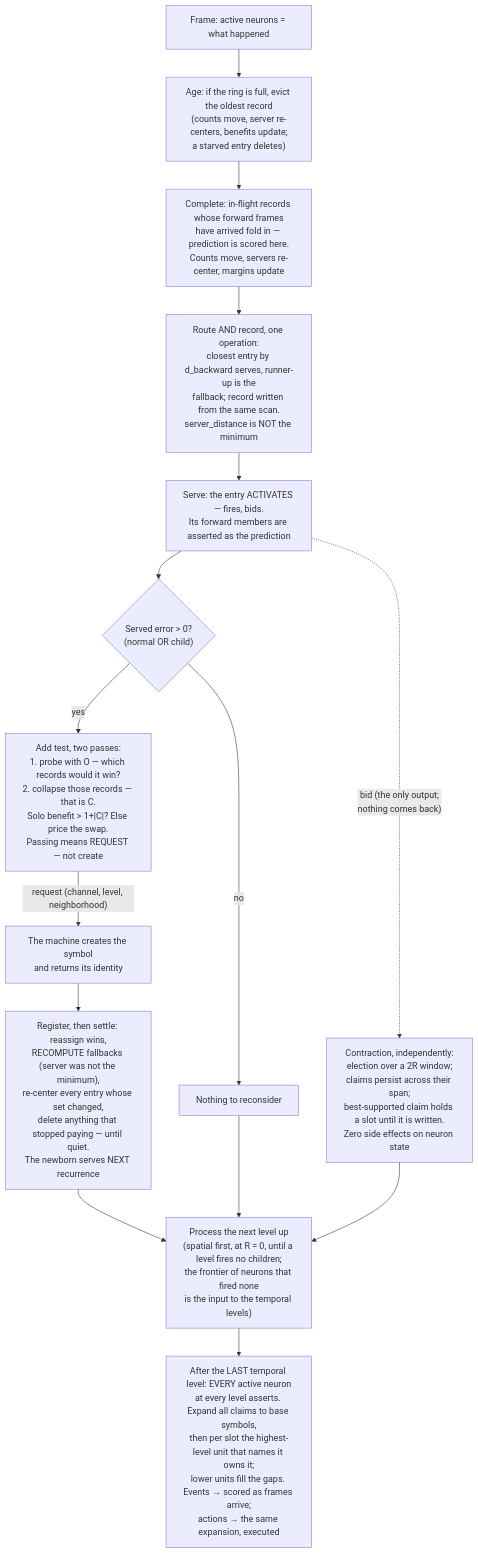
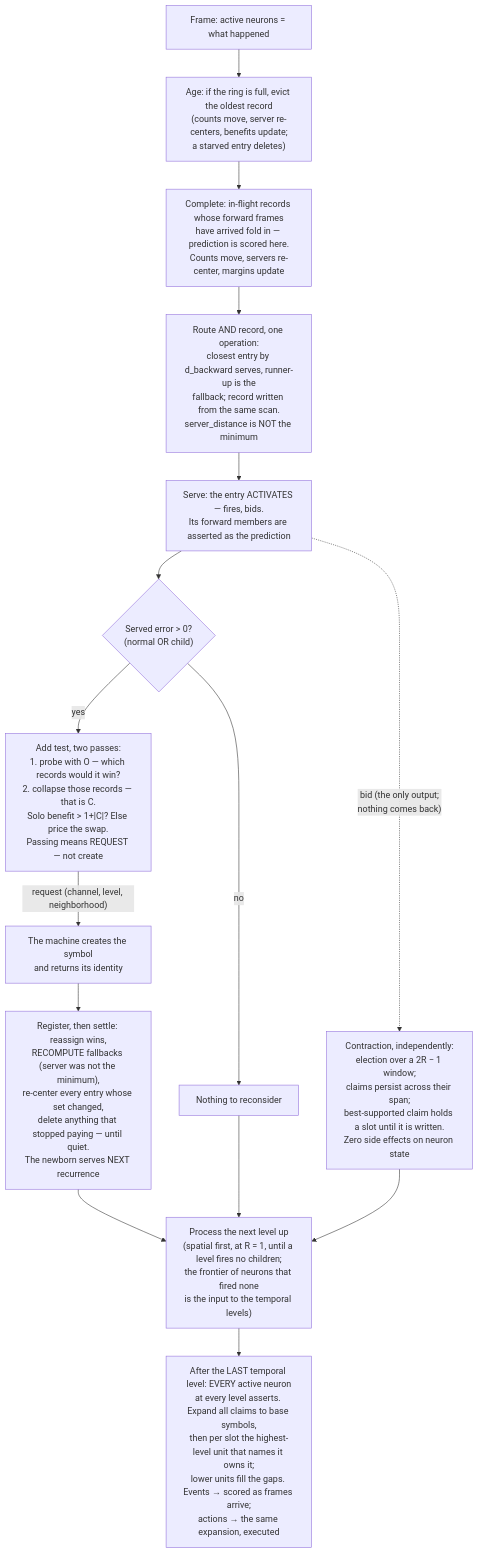
Before and after one commit to cucar/robot_brain: the diagram in docs/algorithm.md, drawn with Mermaid. The commit also changed other lines of this file, not shown here.

````diff
--- a/docs/algorithm.md
+++ b/docs/algorithm.md
@@ -1060,17 +1063,17 @@
 ```mermaid
 flowchart TD
     A["Frame: active neurons = what happened"] --> B["Age: if the ring is full, evict the oldest record<br/>(counts move, server re-centers, benefits update;<br/>a starved entry deletes)"]
     B --> C["Complete: in-flight records whose forward frames<br/>have arrived fold in — prediction is scored here.<br/>Counts move, servers re-center, margins update"]
     C --> D["Route AND record, one operation:<br/>closest entry by d_backward serves, runner-up is the<br/>fallback; record written from the same scan.<br/>server_distance is NOT the minimum"]
     D --> E["Serve: the entry ACTIVATES — fires, bids.<br/>Its forward members are asserted as the prediction"]
-    E -.->|"bid (the only output;<br/>nothing comes back)"| X["Contraction, independently:<br/>election over a 2R window;<br/>claims persist across their span;<br/>best-supported claim holds a slot until it is written.<br/>Zero side effects on neuron state"]
+    E -.->|"bid (the only output;<br/>nothing comes back)"| X["Contraction, independently:<br/>election over a 2R − 1 window;<br/>claims persist across their span;<br/>best-supported claim holds a slot until it is written.<br/>Zero side effects on neuron state"]
     E --> L{"Served error > 0?<br/>(normal OR child)"}
     L -->|yes| M["Add test, two passes:<br/>1. probe with O — which records would it win?<br/>2. collapse those records — that is C.<br/>Solo benefit > 1+|C|? Else price the swap.<br/>Passing means REQUEST — not create"]
     M -->|"request (channel, level, neighborhood)"| P["The machine creates the symbol<br/>and returns its identity"]
     P --> Q["Register, then settle: reassign wins,<br/>RECOMPUTE fallbacks (server was not the minimum),<br/>re-center every entry whose set changed,<br/>delete anything that stopped paying — until quiet.<br/>The newborn serves NEXT recurrence"]
     L -->|no| N["Nothing to reconsider"]
-    Q --> O["Process the next level up<br/>(spatial first, at R = 0, until a level fires no children;<br/>the frontier of neurons that fired none<br/>is the input to the temporal levels)"]
+    Q --> O["Process the next level up<br/>(spatial first, at R = 1, until a level fires no children;<br/>the frontier of neurons that fired none<br/>is the input to the temporal levels)"]
     N --> O
     X --> O
     O --> Y["After the LAST temporal level: EVERY active neuron<br/>at every level asserts. Expand all claims to base symbols,<br/>then per slot the highest-level unit that names it owns it;<br/>lower units fill the gaps. Events → scored as frames arrive;<br/>actions → the same expansion, executed"]
 ```
````
